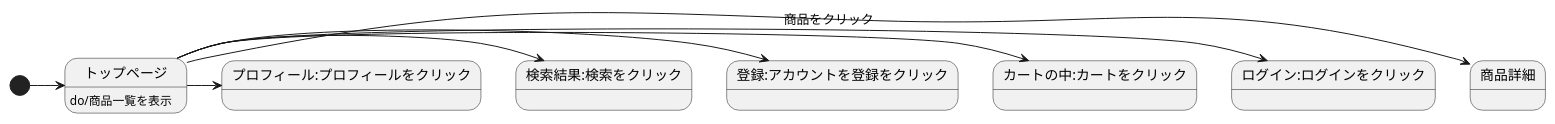
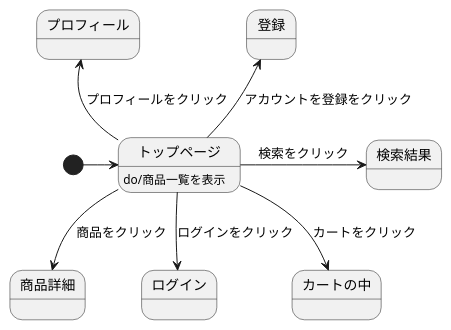
One commit to Aso2001159/2021sys-design changed the diagram in stm01.md. Above: the diagram before and after it, drawn with PlantUML.

````diff
--- a/stm01.md
+++ b/stm01.md
@@ -1,16 +1,14 @@
 ```uml
 
 @startuml
-
 [*]->トップページ
 トップページ : do/商品一覧を表示
-トップページ->商品詳細 : 商品をクリック
-トップページ->ログイン:ログインをクリック
-トップページ->カートの中:カートをクリック
-トップページ->登録:アカウントを登録をクリック
-トップページ->検索結果:検索をクリック
-トップページ->プロフィール:プロフィールをクリック
-
+トップページ-->商品詳細 : 商品をクリック
+トップページ-down->ログイン :ログインをクリック
+トップページ-->カートの中 :カートをクリック
+トップページ-up->登録 :アカウントを登録をクリック
+トップページ->検索結果 :検索をクリック
+トップページ-up->プロフィール :プロフィールをクリック
 @enduml
 
 ```
````
